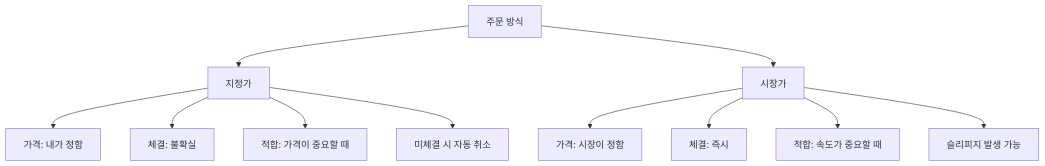
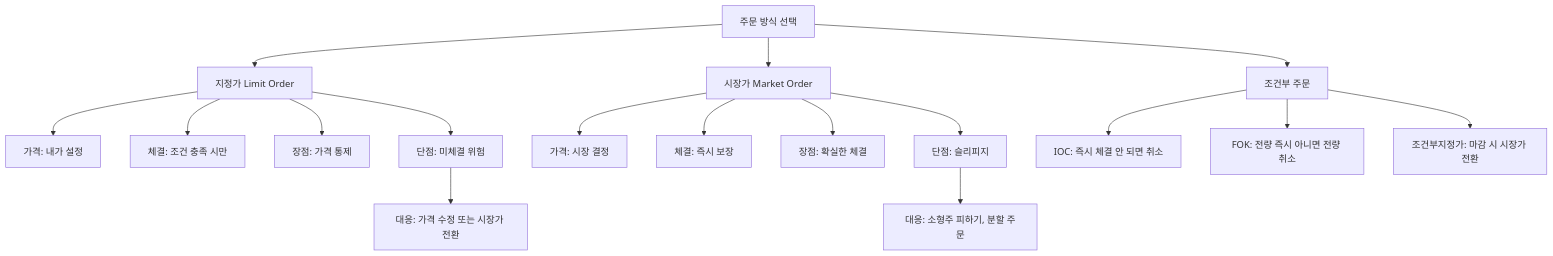
Before and after one commit to yeongseon/stock-visual-note: the diagram in content/stock-terms/ko/level-02-market-trading/limit-market-order.md, drawn with Mermaid. The commit also changed other lines of this file, not shown here.

Commit message:
content: rewrite limit-market-order.md — add order book walkthrough, slippage by stock size, IOC/FOK explanation, staged limit strategy

````diff
--- a/content/stock-terms/ko/level-02-market-trading/limit-market-order.md
+++ b/content/stock-terms/ko/level-02-market-trading/limit-market-order.md
@@ -49,13 +53,23 @@
 ```mermaid
 graph TD
-    A["주문 방식"] --> B["지정가"]
-    A --> C["시장가"]
-    B --> B1["가격: 내가 정함"]
-    B --> B2["체결: 불확실"]
-    B --> B3["적합: 가격이 중요할 때"]
-    C --> C1["가격: 시장이 정함"]
-    C --> C2["체결: 즉시"]
-    C --> C3["적합: 속도가 중요할 때"]
-    B --> B4["미체결 시 자동 취소"]
-    C --> C4["슬리피지 발생 가능"]
+    A["주문 방식 선택"] --> B["지정가 Limit Order"]
+    A --> C["시장가 Market Order"]
+    A --> D["조건부 주문"]
+
+    B --> B1["가격: 내가 설정"]
+    B --> B2["체결: 조건 충족 시만"]
+    B --> B3["장점: 가격 통제"]
+    B --> B4["단점: 미체결 위험"]
+
+    C --> C1["가격: 시장 결정"]
+    C --> C2["체결: 즉시 보장"]
+    C --> C3["장점: 확실한 체결"]
+    C --> C4["단점: 슬리피지"]
+
+    D --> D1["IOC: 즉시 체결 안 되면 취소"]
+    D --> D2["FOK: 전량 즉시 아니면 전량 취소"]
+    D --> D3["조건부지정가: 마감 시 시장가 전환"]
+
+    B4 --> E["대응: 가격 수정 또는 시장가 전환"]
+    C4 --> F["대응: 소형주 피하기, 분할 주문"]
 ```
````
